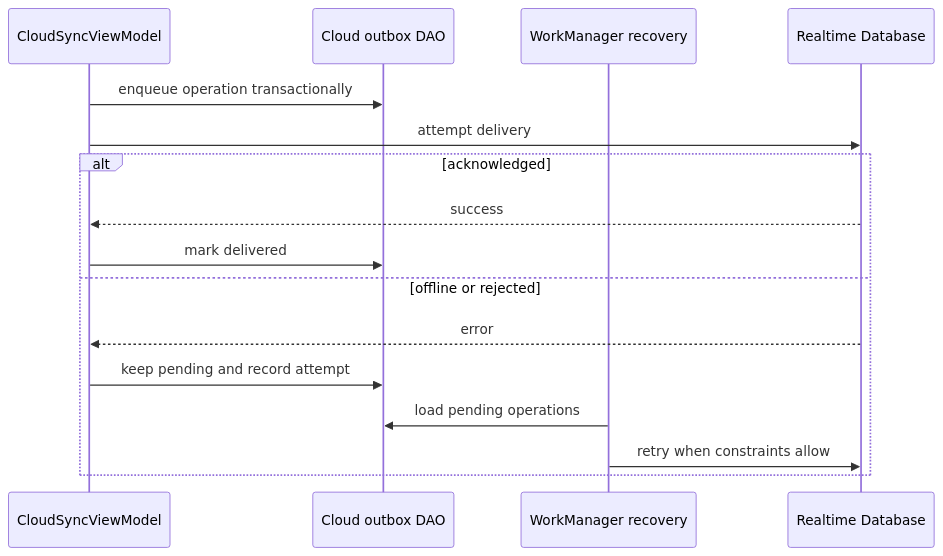
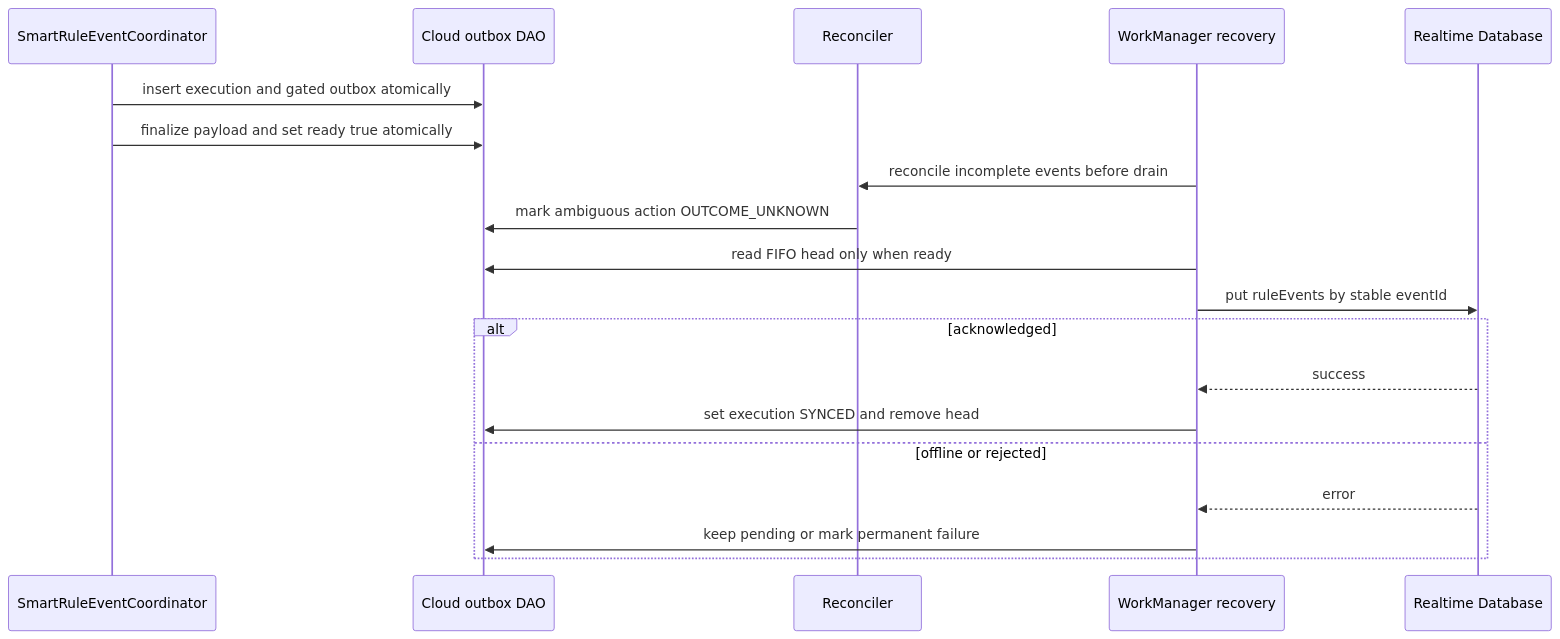
Before and after one commit to Eclipse-XS/SleepTrackerSimulator: the diagram in docs/diagrams/lab7/06_firebase_sync.mmd, drawn with Mermaid. The commit also changed 36 other files, not shown here.

```diff
--- a/docs/diagrams/lab7/06_firebase_sync.mmd
+++ b/docs/diagrams/lab7/06_firebase_sync.mmd
@@ -1,16 +1,19 @@
 sequenceDiagram
-  participant VM as CloudSyncViewModel
+  participant Coordinator as SmartRuleEventCoordinator
   participant Room as Cloud outbox DAO
+  participant Reconciler
   participant Worker as WorkManager recovery
   participant Firebase as Realtime Database
-  VM->>Room: enqueue operation transactionally
-  VM->>Firebase: attempt delivery
+  Coordinator->>Room: insert execution and gated outbox atomically
+  Coordinator->>Room: finalize payload and set ready true atomically
+  Worker->>Reconciler: reconcile incomplete events before drain
+  Reconciler->>Room: mark ambiguous action OUTCOME_UNKNOWN
+  Worker->>Room: read FIFO head only when ready
+  Worker->>Firebase: put ruleEvents by stable eventId
   alt acknowledged
-    Firebase-->>VM: success
-    VM->>Room: mark delivered
+    Firebase-->>Worker: success
+    Worker->>Room: set execution SYNCED and remove head
   else offline or rejected
-    Firebase-->>VM: error
-    VM->>Room: keep pending and record attempt
-    Worker->>Room: load pending operations
-    Worker->>Firebase: retry when constraints allow
+    Firebase-->>Worker: error
+    Worker->>Room: keep pending or mark permanent failure
   end
```
